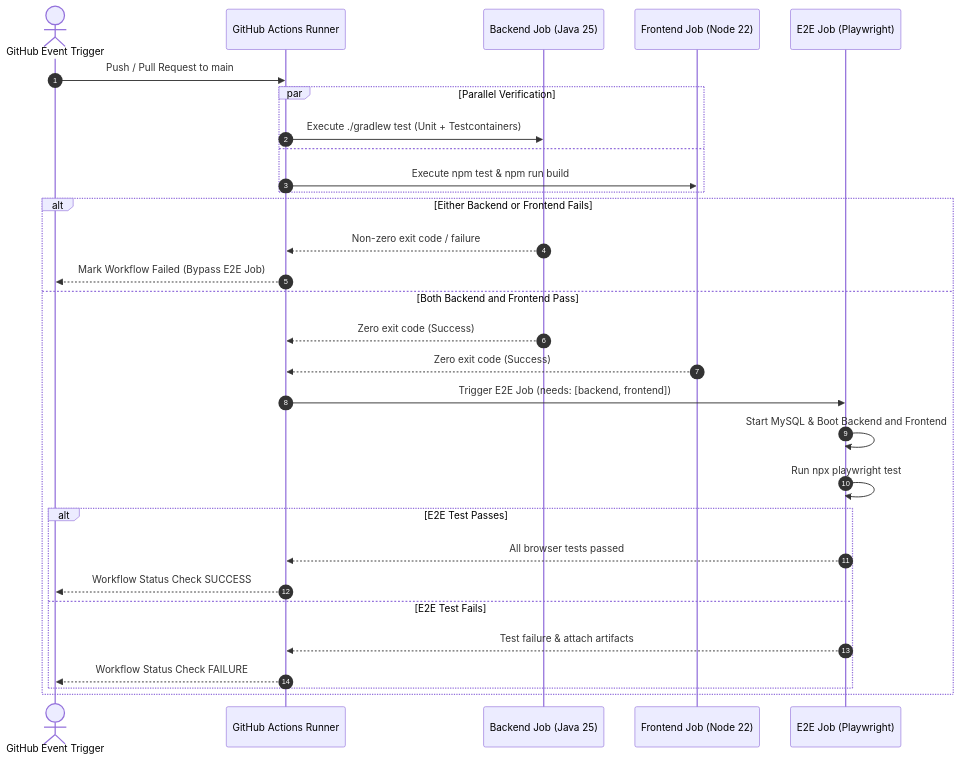
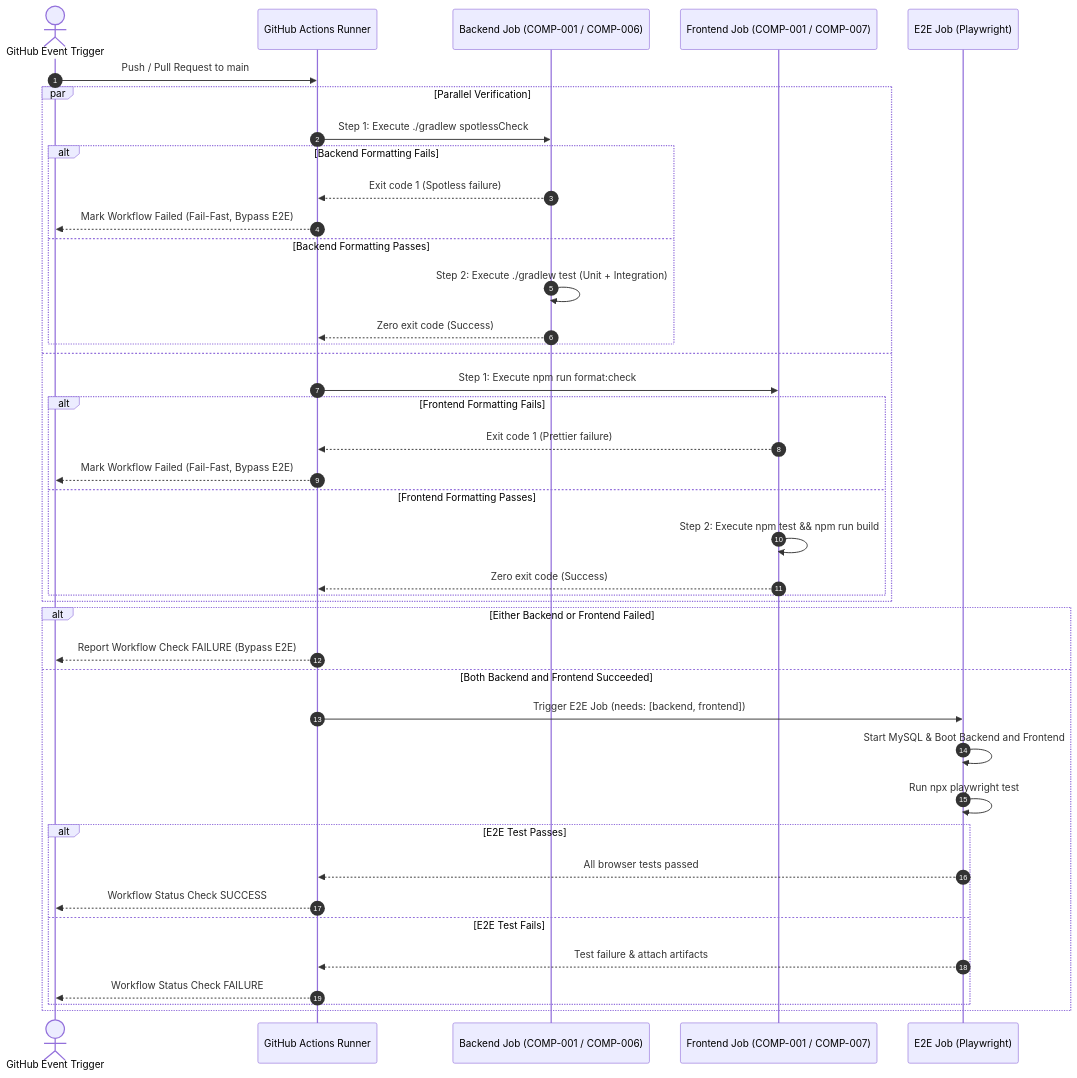
Before and after one commit to green-tea-stalk/swe-workflow-playground: the second of 3 diagrams in docs/specs/ci-and-repo-automation/design.md, drawn with Mermaid. The commit also changed other lines of this file and 5 other files, not shown here.

````diff
--- a/docs/specs/ci-and-repo-automation/design.md
+++ b/docs/specs/ci-and-repo-automation/design.md
@@ -61,33 +70,45 @@
 ```mermaid
 sequenceDiagram
     autonumber
     actor GitHub as GitHub Event Trigger
     participant Runner as GitHub Actions Runner
-    participant BackendJob as Backend Job (Java 25)
-    participant FrontendJob as Frontend Job (Node 22)
+    participant BackendJob as Backend Job (COMP-001 / COMP-006)
+    participant FrontendJob as Frontend Job (COMP-001 / COMP-007)
     participant E2EJob as E2E Job (Playwright)
 
     GitHub->>Runner: Push / Pull Request to main
     par Parallel Verification
-        Runner->>BackendJob: Execute ./gradlew test (Unit + Testcontainers)
+        Runner->>BackendJob: Step 1: Execute ./gradlew spotlessCheck
+        alt Backend Formatting Fails
+            BackendJob-->>Runner: Exit code 1 (Spotless failure)
+            Runner-->>GitHub: Mark Workflow Failed (Fail-Fast, Bypass E2E)
+        else Backend Formatting Passes
+            BackendJob->>BackendJob: Step 2: Execute ./gradlew test (Unit + Integration)
+            BackendJob-->>Runner: Zero exit code (Success)
+        end
     and
-        Runner->>FrontendJob: Execute npm test & npm run build
+        Runner->>FrontendJob: Step 1: Execute npm run format:check
+        alt Frontend Formatting Fails
+            FrontendJob-->>Runner: Exit code 1 (Prettier failure)
+            Runner-->>GitHub: Mark Workflow Failed (Fail-Fast, Bypass E2E)
+        else Frontend Formatting Passes
+            FrontendJob->>FrontendJob: Step 2: Execute npm test && npm run build
+            FrontendJob-->>Runner: Zero exit code (Success)
+        end
     end
-    alt Either Backend or Frontend Fails
-        BackendJob-->>Runner: Non-zero exit code / failure
-        Runner-->>GitHub: Mark Workflow Failed (Bypass E2E Job)
-    else Both Backend and Frontend Pass
-        BackendJob-->>Runner: Zero exit code (Success)
-        FrontendJob-->>Runner: Zero exit code (Success)
+
+    alt Either Backend or Frontend Failed
+        Runner-->>GitHub: Report Workflow Check FAILURE (Bypass E2E)
+    else Both Backend and Frontend Succeeded
         Runner->>E2EJob: Trigger E2E Job (needs: [backend, frontend])
         E2EJob->>E2EJob: Start MySQL & Boot Backend and Frontend
         E2EJob->>E2EJob: Run npx playwright test
         alt E2E Test Passes
             E2EJob-->>Runner: All browser tests passed
             Runner-->>GitHub: Workflow Status Check SUCCESS
         else E2E Test Fails
             E2EJob-->>Runner: Test failure & attach artifacts
             Runner-->>GitHub: Workflow Status Check FAILURE
         end
     end
 ```
````
